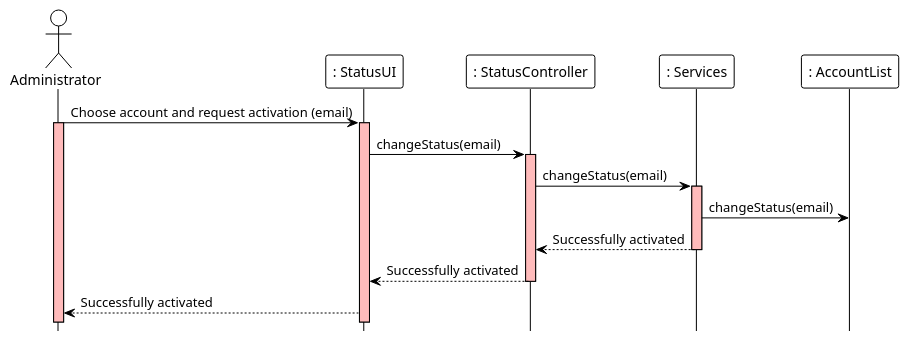
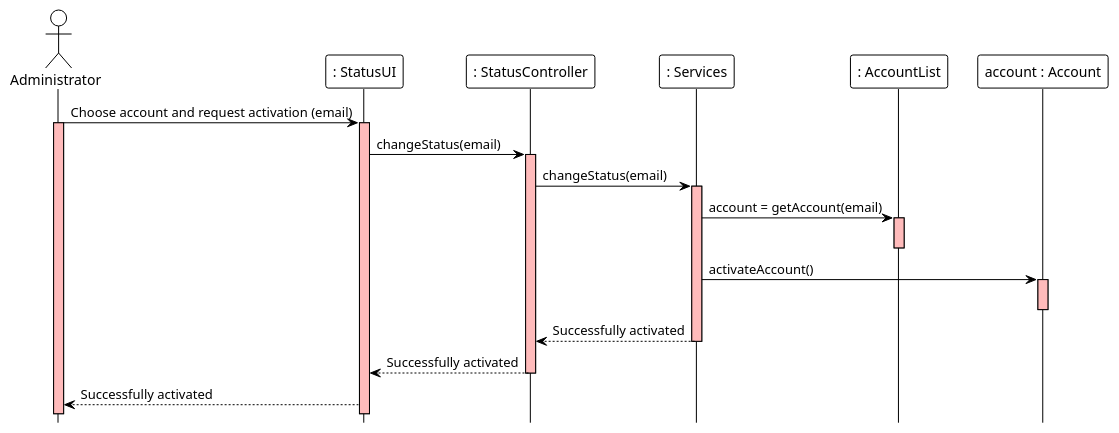
One commit to ivo-menezes/project_g3 changed the diagram in docs/modelling_design/user_stories/us006/US006_ActivateUserAccountSD.puml. Above: the diagram before and after it, drawn with PlantUML. The commit also changed 1 other file, not shown here.

```diff
--- a/docs/modelling_design/user_stories/us006/US006_ActivateUserAccountSD.puml
+++ b/docs/modelling_design/user_stories/us006/US006_ActivateUserAccountSD.puml
@@ -1,24 +1,30 @@
 @startuml
 !theme plain
 hide footbox
 actor Administrator  as Administrator #white
 participant ": StatusUI" as UI #white
 participant ": StatusController" as Controller #white
 participant ": Services" as Services #white
-participant ": AccountList" as Account #white
+participant ": AccountList" as AccountList #white
+participant "account : Account" as Account #white
 
 'Administrator ->  Controller : 1.Choose account and request activation
 Administrator ->  UI : Choose account and request activation (email)
 activate UI #FFBBBB
 activate Administrator #FFBBBB
 UI -> Controller: changeStatus(email)
 activate Controller #FFBBBB
 Controller -> Services : changeStatus(email)
 activate Services #FFBBBB
-Services -> Account: changeStatus(email)
+Services -> AccountList: account = getAccount(email)
+activate AccountList #FFBBBB
+deactivate AccountList
+Services -> Account: activateAccount()
+activate Account #FFBBBB
+deactivate Account
 Services --> Controller : Successfully activated
 deactivate Services
 Controller --> UI : Successfully activated
 deactivate Controller
 UI --> Administrator: Successfully activated
 @enduml
```
